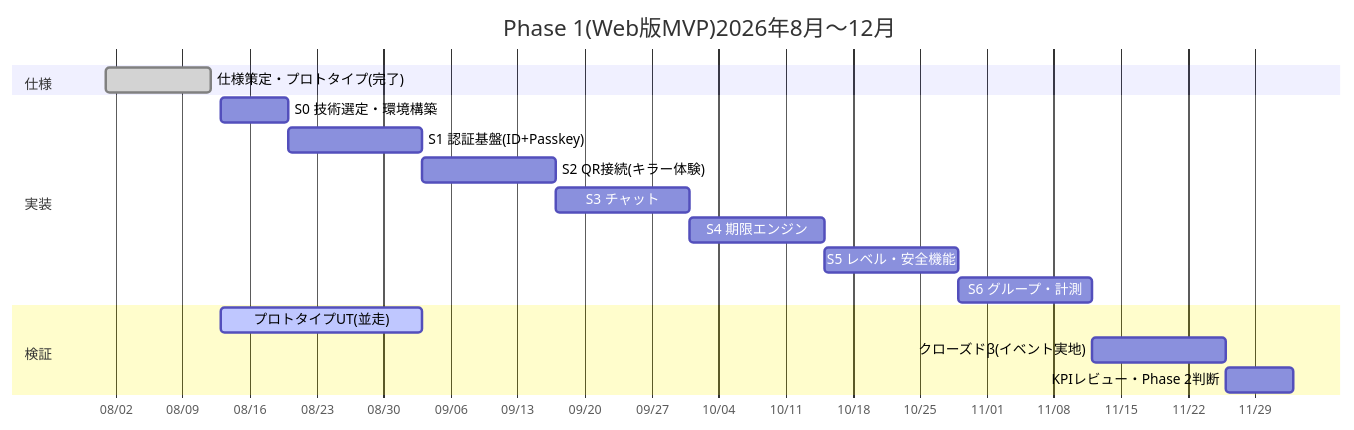
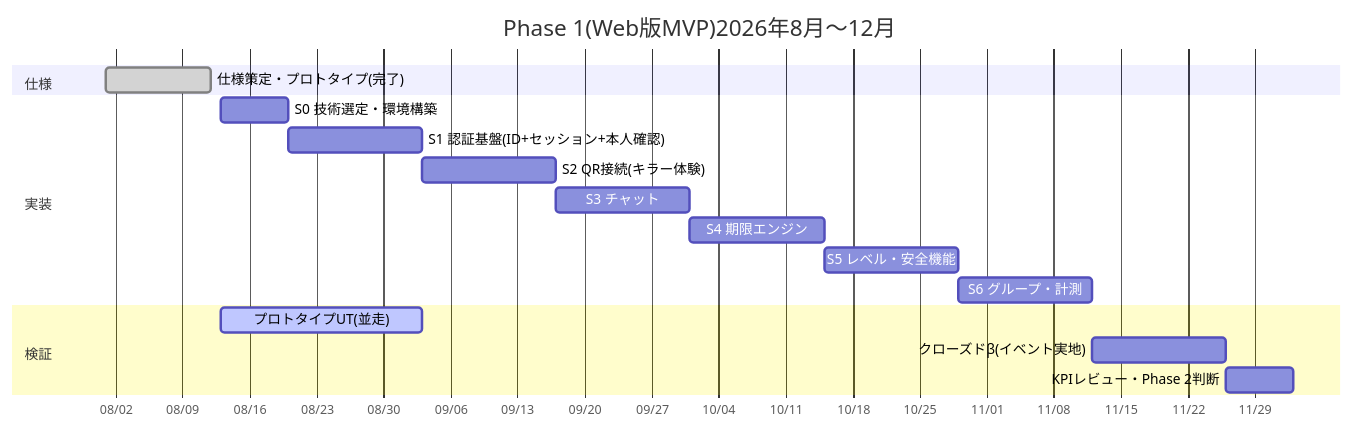
The diagram in ROADMAP.md (jibumato/PersonalLink), drawn with Mermaid before and after one commit. The commit also changed other lines of this file and 22 other files, not shown here.

````diff
--- a/ROADMAP.md
+++ b/ROADMAP.md
@@ -56,20 +56,20 @@
 ```mermaid
 gantt
   dateFormat YYYY-MM-DD
   axisFormat %m/%d
   title Phase 1(Web版MVP)2026年8月〜12月
   section 仕様
   仕様策定・プロトタイプ(完了)       :done, m0, 2026-08-01, 2026-08-12
   section 実装
   S0 技術選定・環境構築               :s0, 2026-08-13, 7d
-  S1 認証基盤(ID+Passkey)          :s1, after s0, 14d
+  S1 認証基盤(ID+セッション+本人確認) :s1, after s0, 14d
   S2 QR接続(キラー体験)             :s2, after s1, 14d
   S3 チャット                         :s3, after s2, 14d
   S4 期限エンジン                     :s4, after s3, 14d
   S5 レベル・安全機能                 :s5, after s4, 14d
   S6 グループ・計測                   :s6, after s5, 14d
   section 検証
   プロトタイプUT(並走)              :active, ut, 2026-08-13, 21d
   クローズドβ(イベント実地)         :b, after s6, 14d
   KPIレビュー・Phase 2判断            :k, after b, 7d
 ```
````
